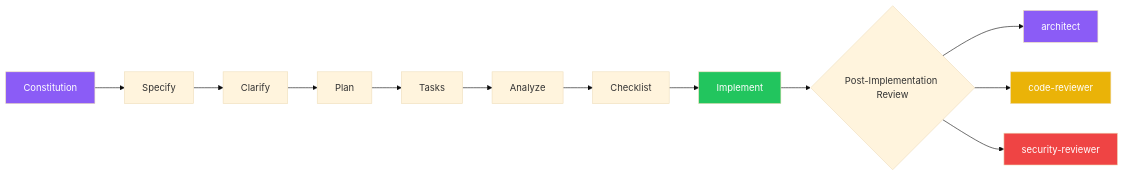
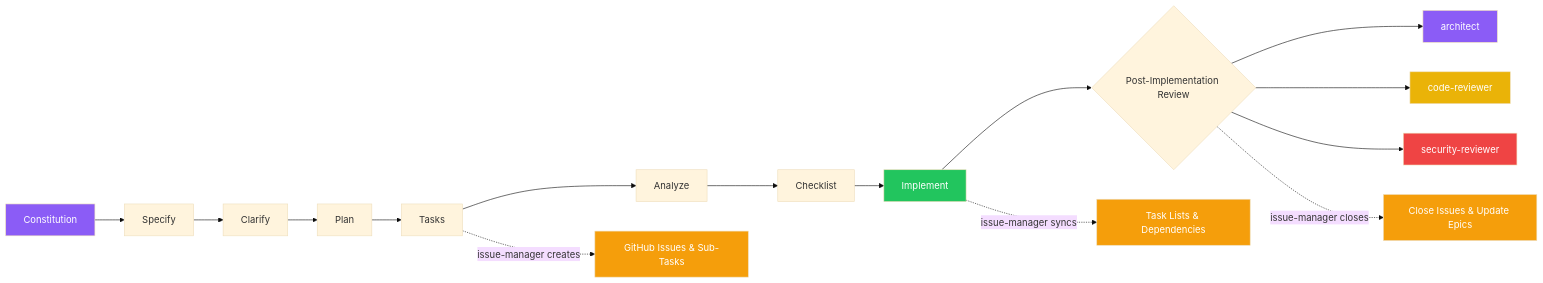
Before and after one commit to AlexAlvarezGallardo-GitHub/Aegis: the fifth of 6 diagrams in docs/AGENTS-README.md, drawn with Mermaid (base theme). The commit also changed other lines of this file and 4 other files, not shown here.

````diff
--- a/docs/AGENTS-README.md
+++ b/docs/AGENTS-README.md
@@ -186,21 +201,28 @@
 ```mermaid
 flowchart LR
     C[Constitution] --> S[Specify]
     S --> CL[Clarify]
     CL --> P[Plan]
     P --> T[Tasks]
     T --> A[Analyze]
     A --> CK[Checklist]
     CK --> I[Implement]
 
     I --> REVIEW{Post-Implementation Review}
     REVIEW --> AR[architect]
     REVIEW --> CR[code-reviewer]
     REVIEW --> SR[security-reviewer]
 
+    T -.->|issue-manager creates| ISSUES[GitHub Issues & Sub-Tasks]
+    I -.->|issue-manager syncs| SYNC[Task Lists & Dependencies]
+    REVIEW -.->|issue-manager closes| CLOSE[Close Issues & Update Epics]
+
     style C fill:#8b5cf6,color:#fff
     style I fill:#22c55e,color:#fff
     style AR fill:#8b5cf6,color:#fff
     style CR fill:#eab308,color:#fff
     style SR fill:#ef4444,color:#fff
+    style ISSUES fill:#f59e0b,color:#fff
+    style SYNC fill:#f59e0b,color:#fff
+    style CLOSE fill:#f59e0b,color:#fff
 ```
````
